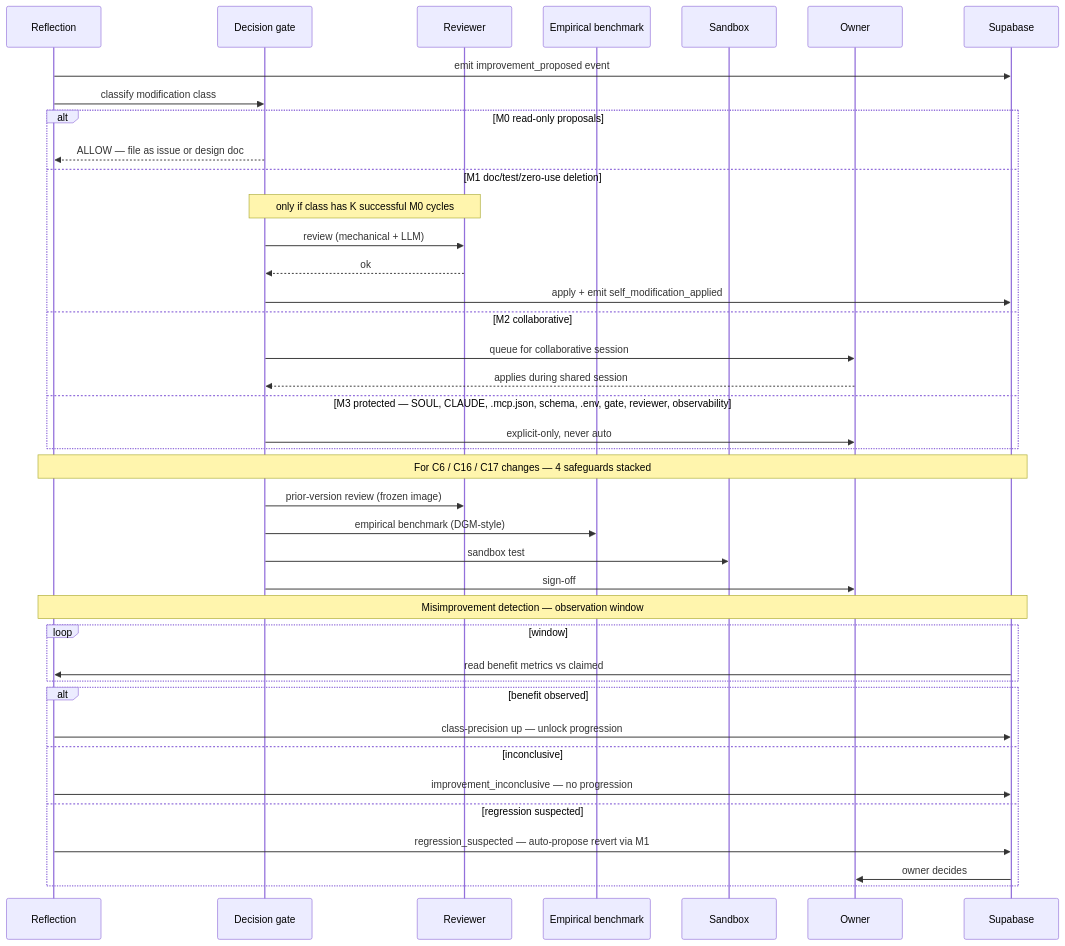
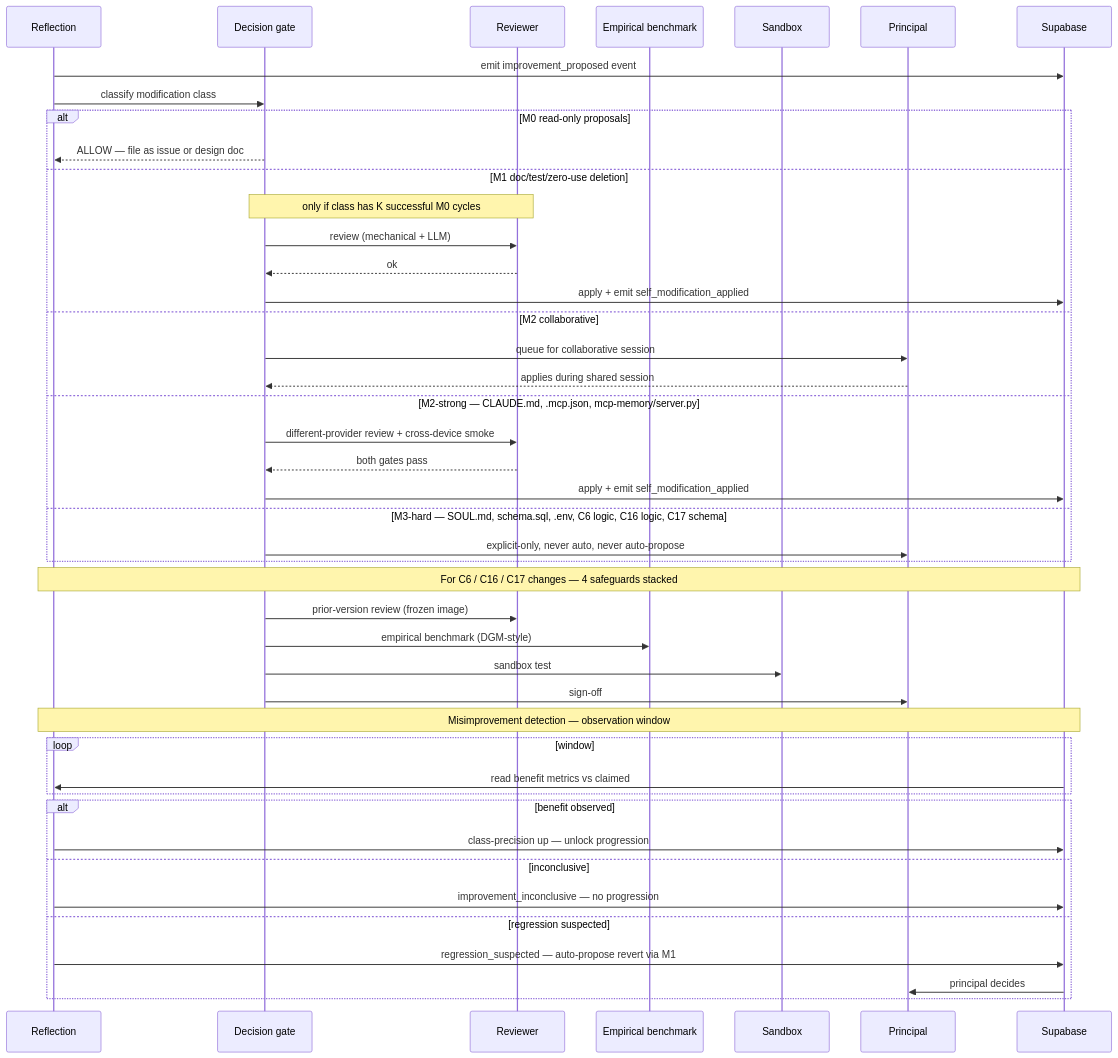
One commit to Osasuwu/jarvis changed the sixth of 8 diagrams in docs/design/jarvis-flows.md. Above: the diagram before and after it, drawn with Mermaid. The commit also changed other lines of this file and 19 other files, not shown here.

````diff
--- a/docs/design/jarvis-flows.md
+++ b/docs/design/jarvis-flows.md
@@ -274,46 +276,50 @@
 ```mermaid
 sequenceDiagram
     participant C5 as Reflection
     participant C6 as Decision gate
     participant C16 as Reviewer
     participant Bench as Empirical benchmark
     participant Sandbox
-    participant Owner
+    participant Principal
     participant Pg as Supabase
 
     C5->>Pg: emit improvement_proposed event
     C5->>C6: classify modification class
 
     alt M0 read-only proposals
         C6-->>C5: ALLOW — file as issue or design doc
     else M1 doc/test/zero-use deletion
         Note over C6, C16: only if class has K successful M0 cycles
         C6->>C16: review (mechanical + LLM)
         C16-->>C6: ok
         C6->>Pg: apply + emit self_modification_applied
     else M2 collaborative
-        C6->>Owner: queue for collaborative session
-        Owner-->>C6: applies during shared session
-    else M3 protected — SOUL, CLAUDE, .mcp.json, schema, .env, gate, reviewer, observability
-        C6->>Owner: explicit-only, never auto
+        C6->>Principal: queue for collaborative session
+        Principal-->>C6: applies during shared session
+    else M2-strong — CLAUDE.md, .mcp.json, mcp-memory/server.py
+        C6->>C16: different-provider review + cross-device smoke
+        C16-->>C6: both gates pass
+        C6->>Pg: apply + emit self_modification_applied
+    else M3-hard — SOUL.md, schema.sql, .env, C6 logic, C16 logic, C17 schema
+        C6->>Principal: explicit-only, never auto, never auto-propose
     end
 
     Note over C5, Pg: For C6 / C16 / C17 changes — 4 safeguards stacked
     C6->>C16: prior-version review (frozen image)
     C6->>Bench: empirical benchmark (DGM-style)
     C6->>Sandbox: sandbox test
-    C6->>Owner: sign-off
+    C6->>Principal: sign-off
 
     Note over C5, Pg: Misimprovement detection — observation window
     loop window
         Pg->>C5: read benefit metrics vs claimed
     end
     alt benefit observed
         C5->>Pg: class-precision up — unlock progression
     else inconclusive
         C5->>Pg: improvement_inconclusive — no progression
     else regression suspected
         C5->>Pg: regression_suspected — auto-propose revert via M1
-        Pg->>Owner: owner decides
+        Pg->>Principal: principal decides
     end
 ```
````
